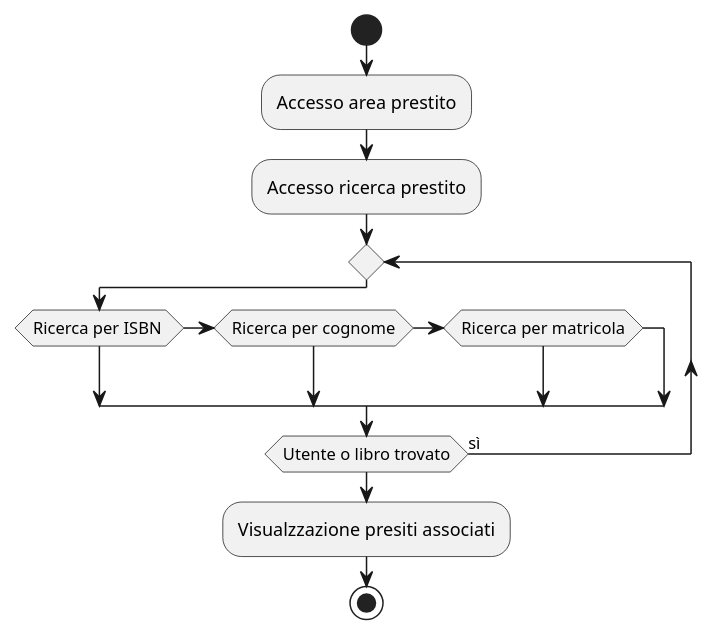
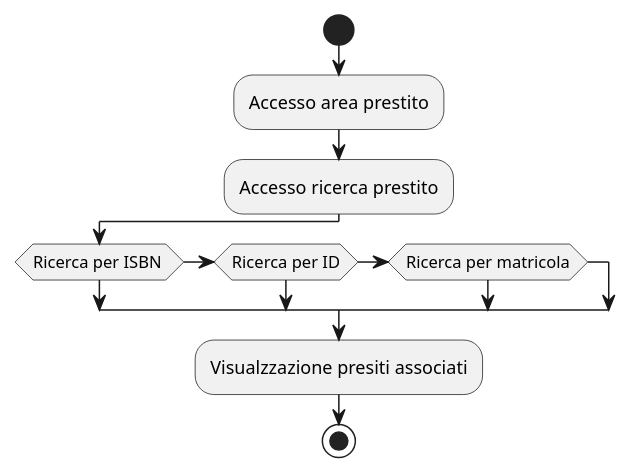
One commit to amalinconico6-cpu/Biblioteca_universitaria_10 changed the diagram in Progettazione/AllDiagramsCode/ActivityDiagramsCode/RicercaPrestito.wsd. Above: the diagram before and after it, drawn with PlantUML. The commit also changed 3 other files, not shown here.

Commit message:
Modifica diagrammi di attività Prestiti

```diff
--- a/Progettazione/AllDiagramsCode/ActivityDiagramsCode/RicercaPrestito.wsd
+++ b/Progettazione/AllDiagramsCode/ActivityDiagramsCode/RicercaPrestito.wsd
@@ -1,16 +1,14 @@
 @startuml RicercaPrestito
 start 
 :Accesso area prestito;
 :Accesso ricerca prestito;
 
-repeat
+
 if(Ricerca per ISBN ) then
-elseif(Ricerca per cognome) then
+elseif(Ricerca per ID) then
 elseif(Ricerca per matricola) then 
 endif
-repeat while (Utente o libro trovato) is(sì)
-
 :Visualzzazione presiti associati;
 
 stop 
 @enduml 
```
